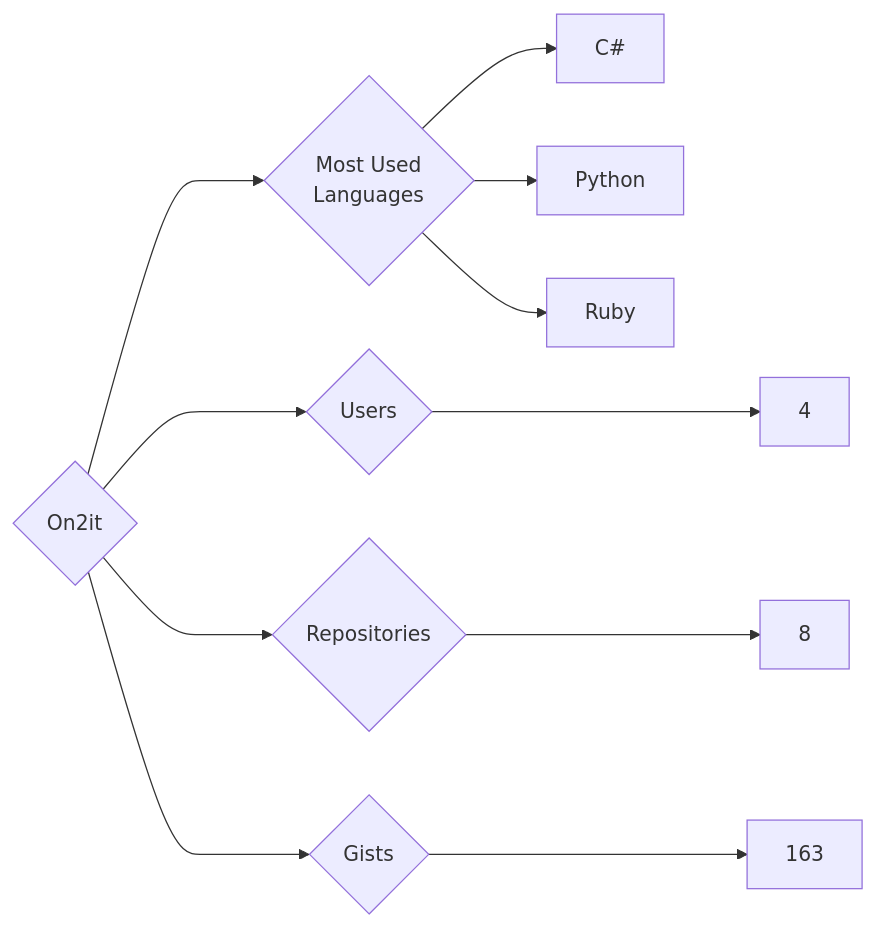
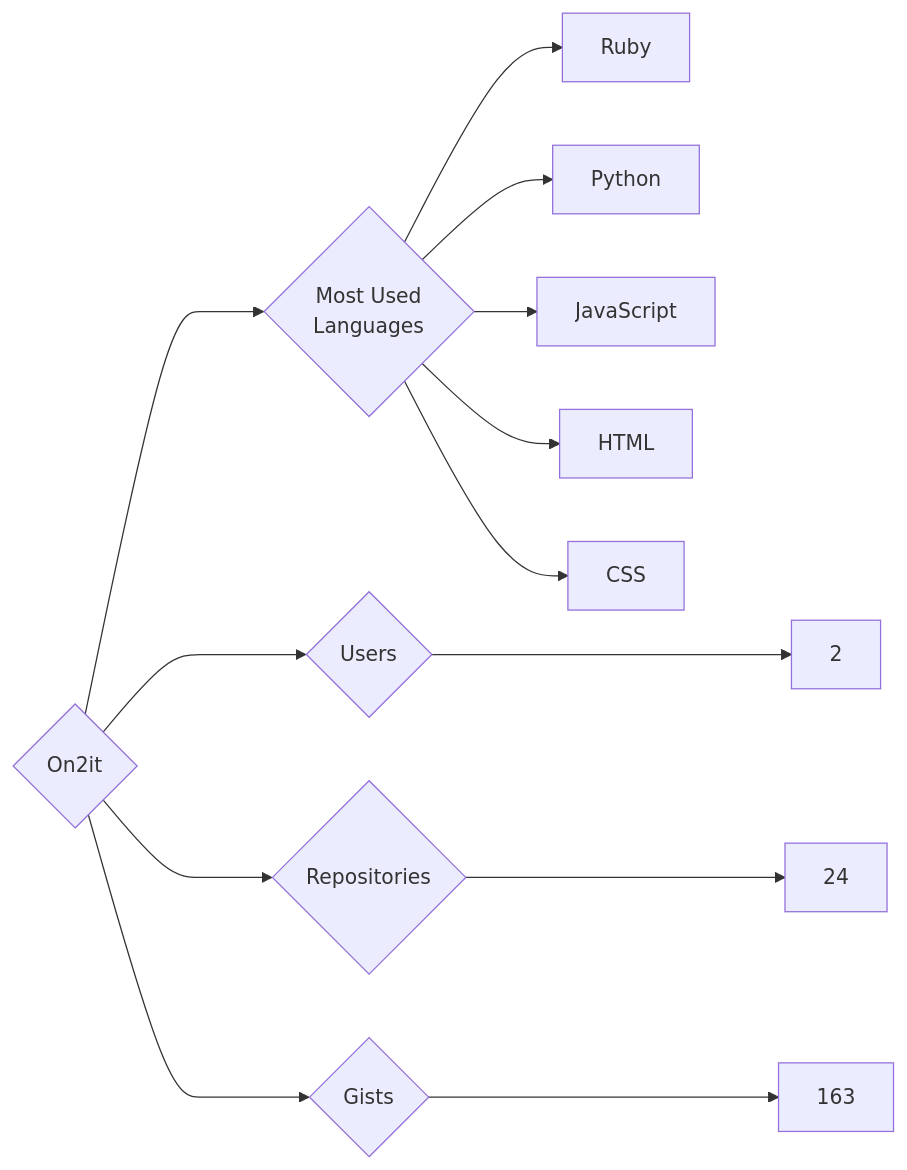
The diagram in targets/On2it/README.md (trickest/insiders), drawn with Mermaid before and after one commit. The commit also changed 970 other files, not shown here.

````diff
--- a/targets/On2it/README.md
+++ b/targets/On2it/README.md
@@ -3,11 +3,13 @@
 ```mermaid
 graph LR
 COMPANY_NAME{On2it}
-COMPANY_NAME ---> U{Users} ---> UN[4]
-COMPANY_NAME ---> R{Repositories} ---> RN[8]
+COMPANY_NAME ---> U{Users} ---> UN[2]
+COMPANY_NAME ---> R{Repositories} ---> RN[24]
 COMPANY_NAME ---> G{Gists} ---> GN[163]
 COMPANY_NAME ---> ML{Most Used<br>Languages}
-ML --> C#[C#]
+ML --> Ruby[Ruby]
 ML --> Python[Python]
-ML --> Ruby[Ruby]
+ML --> JavaScript[JavaScript]
+ML --> HTML[HTML]
+ML --> CSS[CSS]
 ```
````
